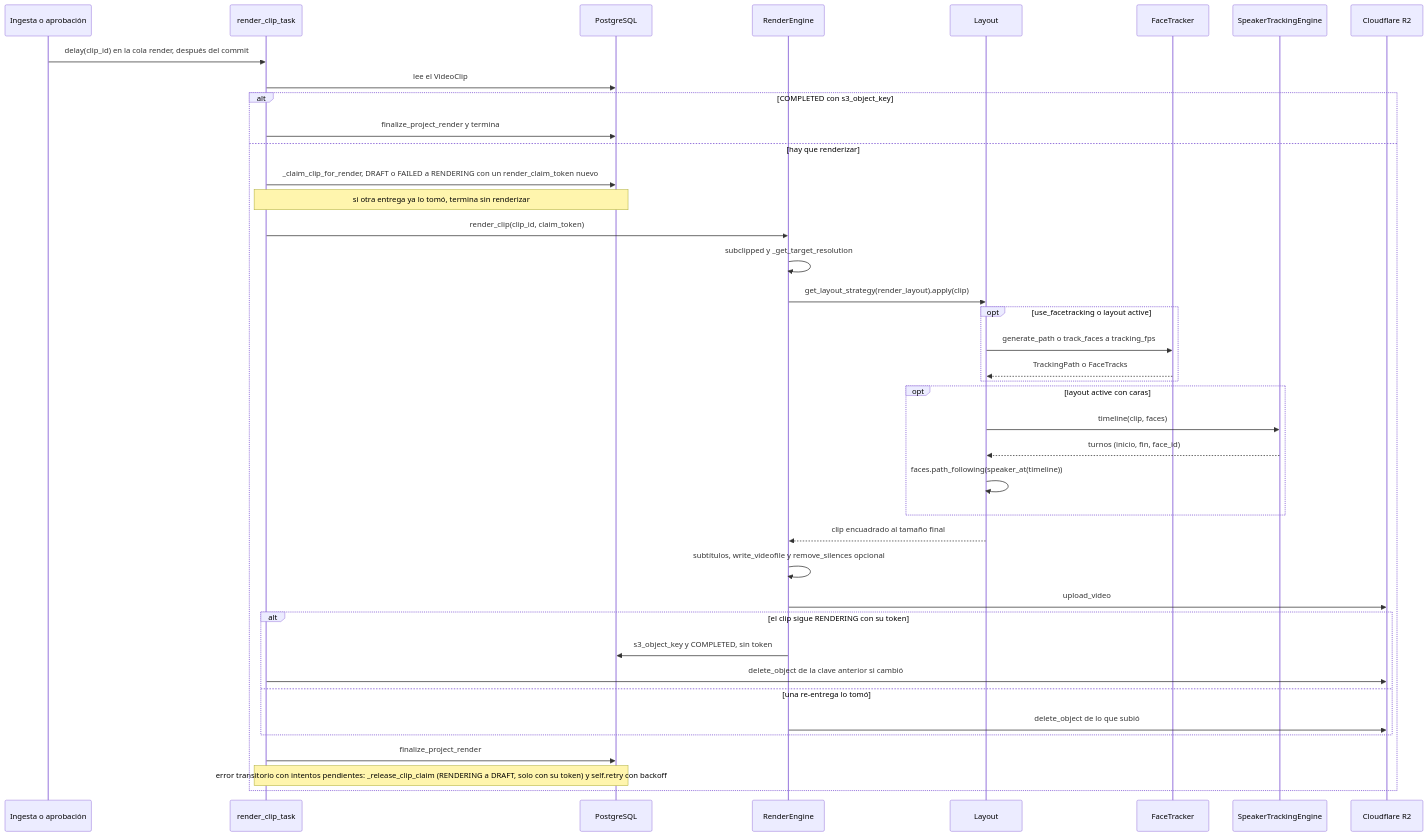
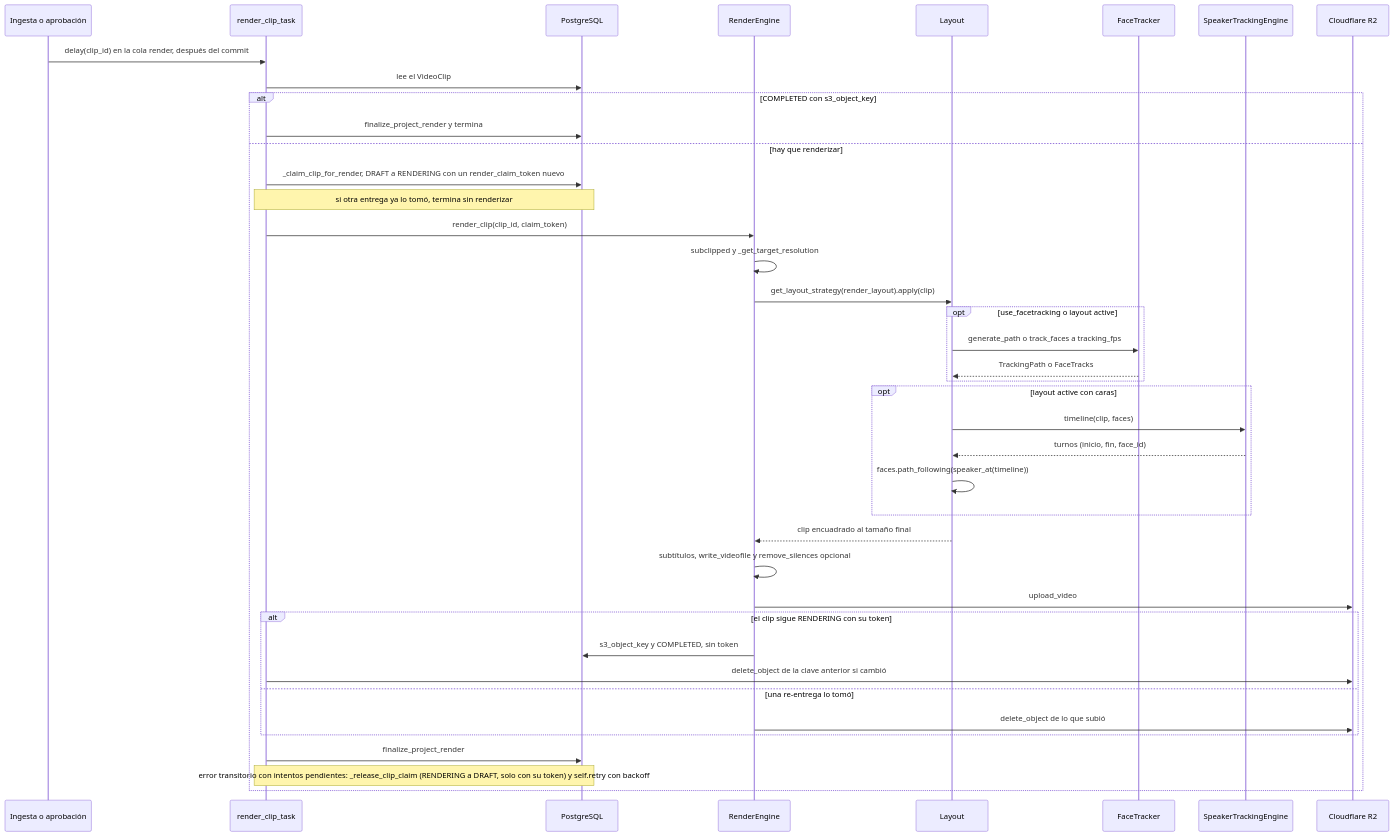
The first of 4 diagrams in documents/ia/06-render-caras-y-hablante.md (RomeKai/videoeditUTN), drawn with Mermaid before and after one commit. The commit also changed other lines of this file and 16 other files, not shown here.

First line of the commit message:
fix(render): cierra los pendientes de la aprobación clip por clip

````diff
--- a/documents/ia/06-render-caras-y-hablante.md
+++ b/documents/ia/06-render-caras-y-hablante.md
@@ -28,43 +28,43 @@
 ```mermaid
 sequenceDiagram
     participant ING as Ingesta o aprobación
     participant T as render_clip_task
     participant DB as PostgreSQL
     participant RE as RenderEngine
     participant L as Layout
     participant FT as FaceTracker
     participant SP as SpeakerTrackingEngine
     participant R2 as Cloudflare R2
 
     ING->>T: delay(clip_id) en la cola render, después del commit
     T->>DB: lee el VideoClip
     alt COMPLETED con s3_object_key
         T->>DB: finalize_project_render y termina
     else hay que renderizar
-        T->>DB: _claim_clip_for_render, DRAFT o FAILED a RENDERING con un render_claim_token nuevo
+        T->>DB: _claim_clip_for_render, DRAFT a RENDERING con un render_claim_token nuevo
         Note over T,DB: si otra entrega ya lo tomó, termina sin renderizar
         T->>RE: render_clip(clip_id, claim_token)
         RE->>RE: subclipped y _get_target_resolution
         RE->>L: get_layout_strategy(render_layout).apply(clip)
         opt use_facetracking o layout active
             L->>FT: generate_path o track_faces a tracking_fps
             FT-->>L: TrackingPath o FaceTracks
         end
         opt layout active con caras
             L->>SP: timeline(clip, faces)
             SP-->>L: turnos (inicio, fin, face_id)
             L->>L: faces.path_following(speaker_at(timeline))
         end
         L-->>RE: clip encuadrado al tamaño final
         RE->>RE: subtítulos, write_videofile y remove_silences opcional
         RE->>R2: upload_video
         alt el clip sigue RENDERING con su token
             RE->>DB: s3_object_key y COMPLETED, sin token
             T->>R2: delete_object de la clave anterior si cambió
         else una re-entrega lo tomó
             RE->>R2: delete_object de lo que subió
         end
         T->>DB: finalize_project_render
         Note over T,DB: error transitorio con intentos pendientes: _release_clip_claim (RENDERING a DRAFT, solo con su token) y self.retry con backoff
     end
 ```
````
